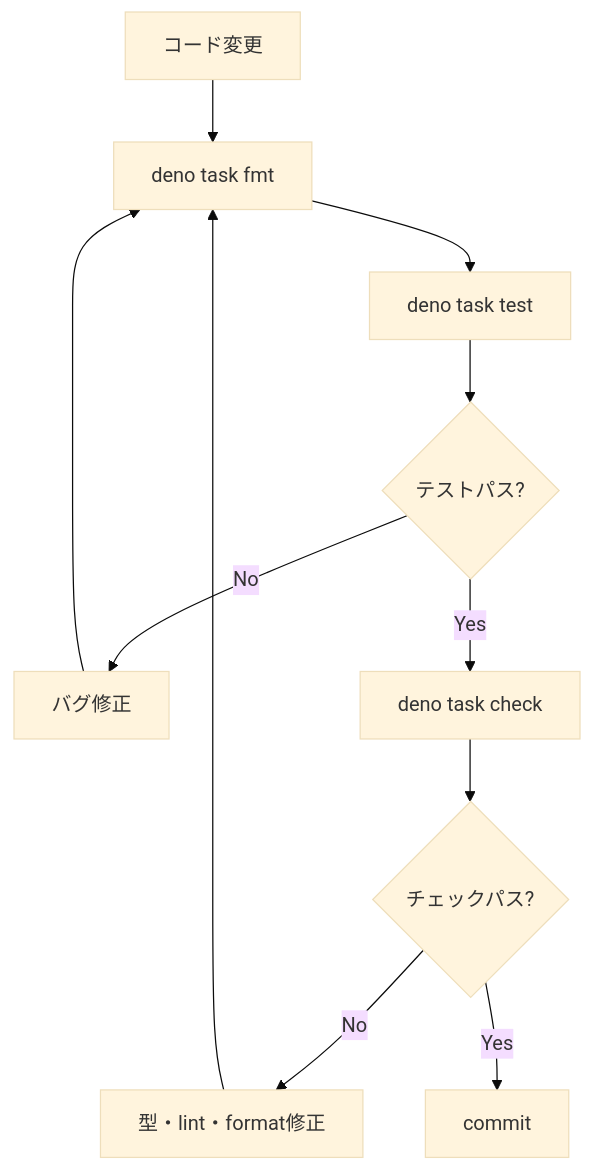
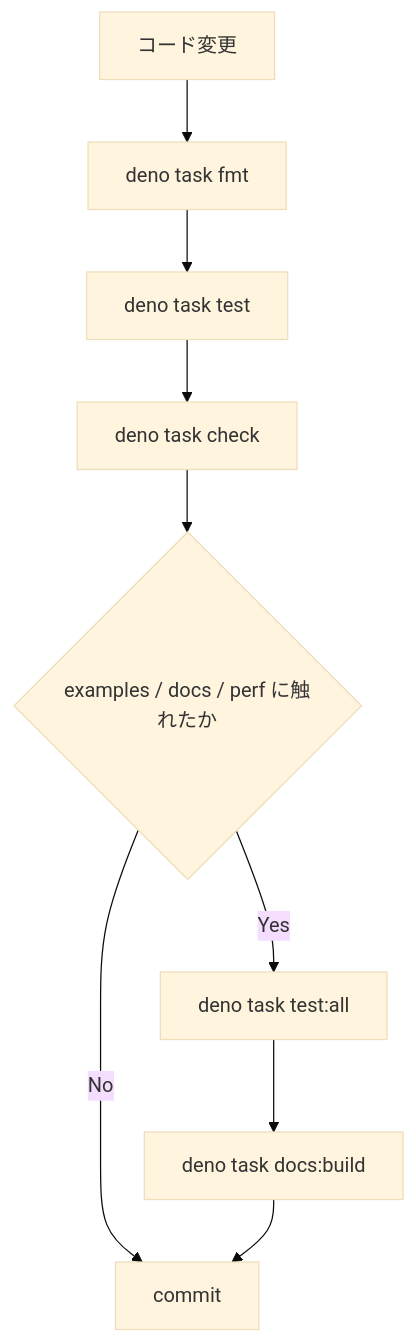
The diagram in docs/guide/contributing.md (ikuradon/tsunagiya), drawn with Mermaid (base theme) before and after one commit. The commit also changed other lines of this file and 84 other files, not shown here.

````diff
--- a/docs/guide/contributing.md
+++ b/docs/guide/contributing.md
@@ -86,13 +86,11 @@
 ```mermaid
 flowchart TD
     A[コード変更] --> B[deno task fmt]
     B --> C[deno task test]
-    C --> D{テストパス?}
-    D -- No --> E[バグ修正]
-    E --> B
-    D -- Yes --> F[deno task check]
-    F --> G{チェックパス?}
-    G -- No --> H[型・lint・format修正]
-    H --> B
-    G -- Yes --> I[commit]
+    C --> D[deno task check]
+    D --> E{examples / docs / perf に触れたか}
+    E -- Yes --> F[deno task test:all]
+    F --> G[deno task docs:build]
+    E -- No --> H[commit]
+    G --> H[commit]
 ```
````
